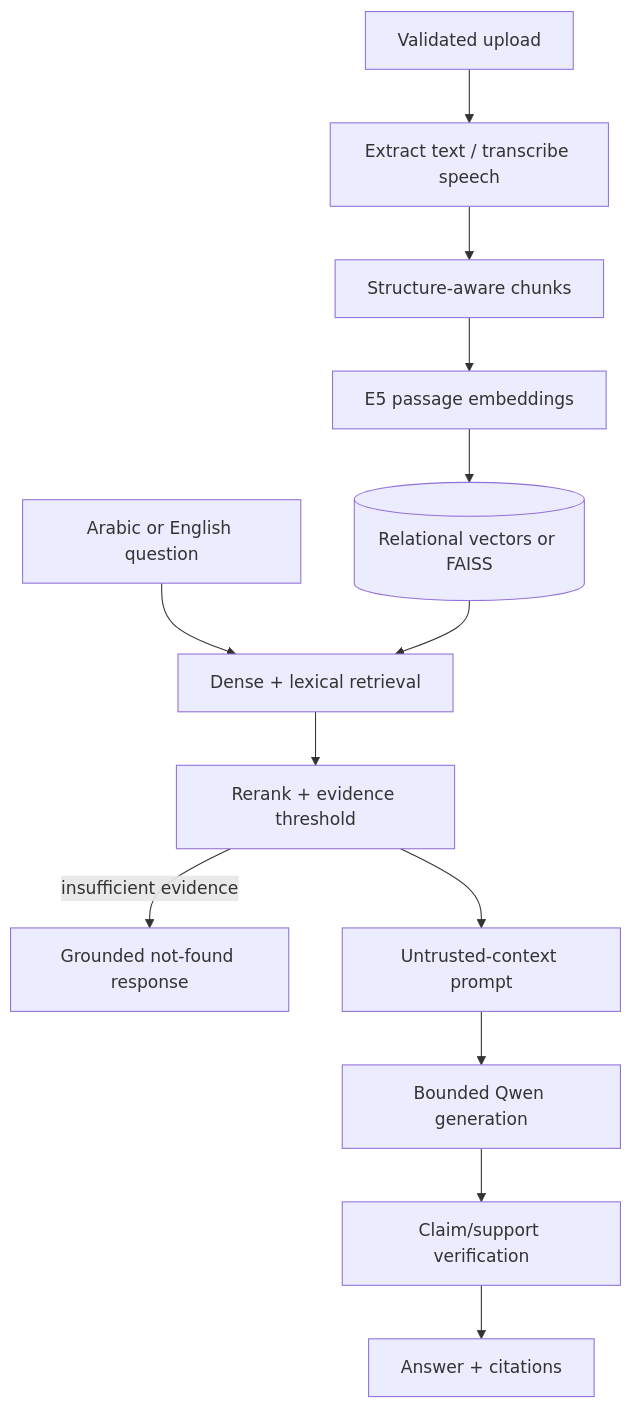
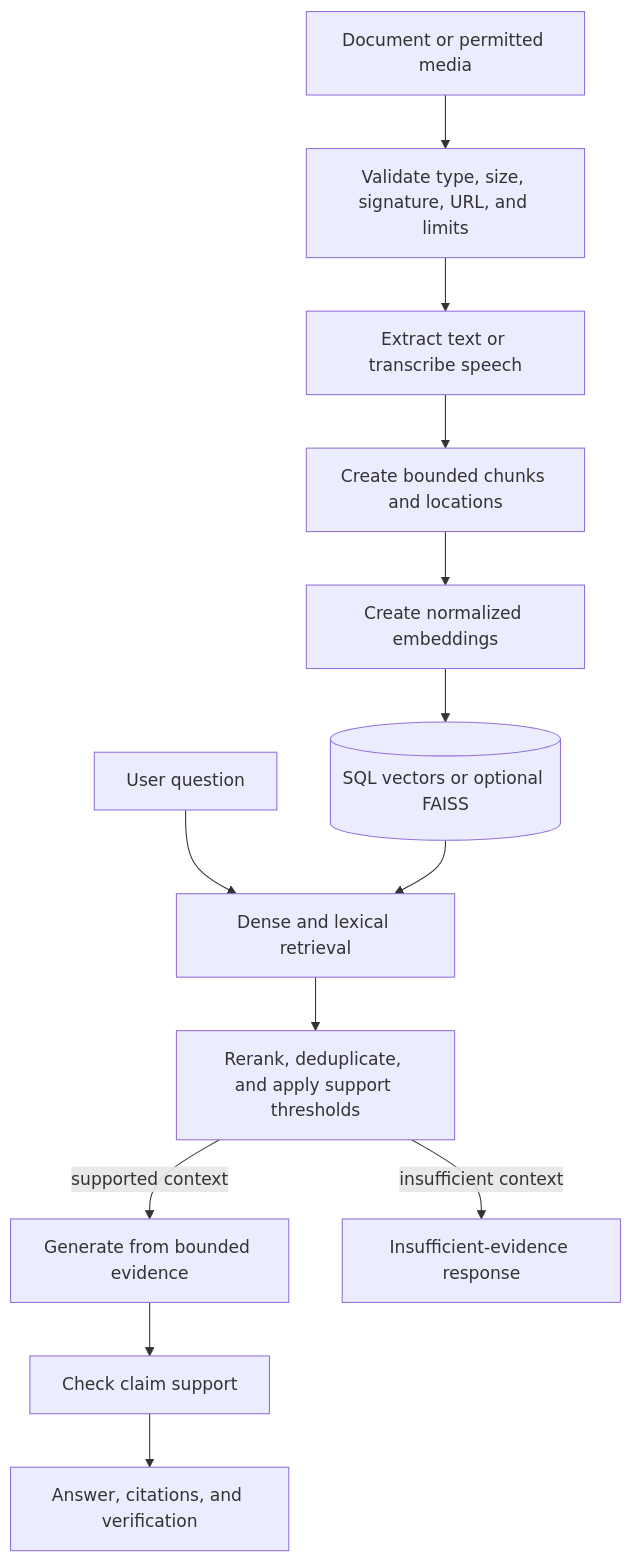
Before and after one commit to fariskishtah/enterprise-rag-platform: the second of 2 diagrams in README.md, drawn with Mermaid. The commit also changed other lines of this file and 29 other files, not shown here.

Commit message:
fix: improve product flows and refresh project documentation

````diff
--- a/README.md
+++ b/README.md
@@ -80,15 +84,22 @@
 ```mermaid
 flowchart TD
-    Upload[Validated upload] --> Extract[Extract text / transcribe speech]
-    Extract --> Chunk[Structure-aware chunks]
-    Chunk --> Embed[E5 passage embeddings]
-    Embed --> Store[(Relational vectors or FAISS)]
-    Question[Arabic or English question] --> Retrieve[Dense + lexical retrieval]
-    Store --> Retrieve
-    Retrieve --> Rerank[Rerank + evidence threshold]
-    Rerank -->|insufficient evidence| Refuse[Grounded not-found response]
-    Rerank --> Prompt[Untrusted-context prompt]
-    Prompt --> Generate[Bounded Qwen generation]
-    Generate --> Verify[Claim/support verification]
-    Verify --> Answer[Answer + citations]
+    Source[Document or permitted media]
+    Validate[Validate type, size, signature, URL, and limits]
+    Extract[Extract text or transcribe speech]
+    Chunk[Create bounded chunks and locations]
+    Embed[Create normalized embeddings]
+    Index[(SQL vectors or optional FAISS)]
+    Question[User question]
+    Retrieve[Dense and lexical retrieval]
+    Rerank[Rerank, deduplicate, and apply support thresholds]
+    Generate[Generate from bounded evidence]
+    Verify[Check claim support]
+    Answer[Answer, citations, and verification]
+    NotFound[Insufficient-evidence response]
+
+    Source --> Validate --> Extract --> Chunk --> Embed --> Index
+    Question --> Retrieve
+    Index --> Retrieve --> Rerank
+    Rerank -->|supported context| Generate --> Verify --> Answer
+    Rerank -->|insufficient context| NotFound
 ```
````
